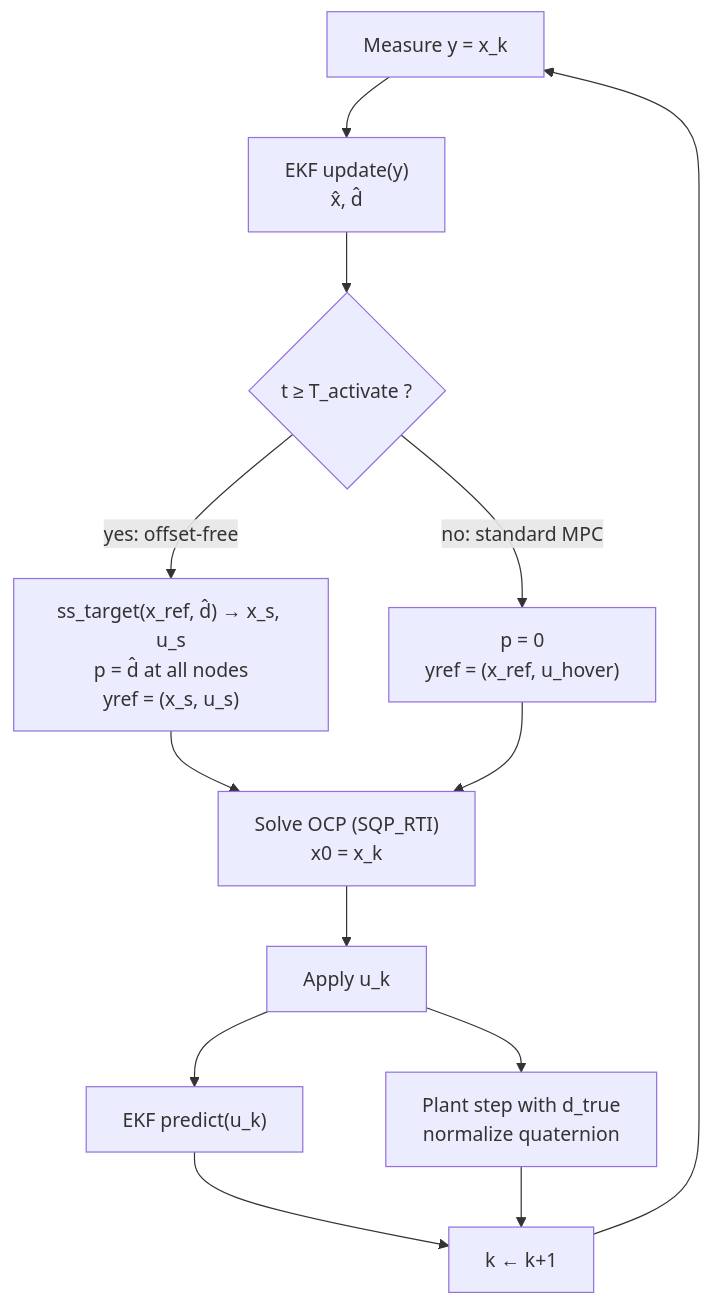
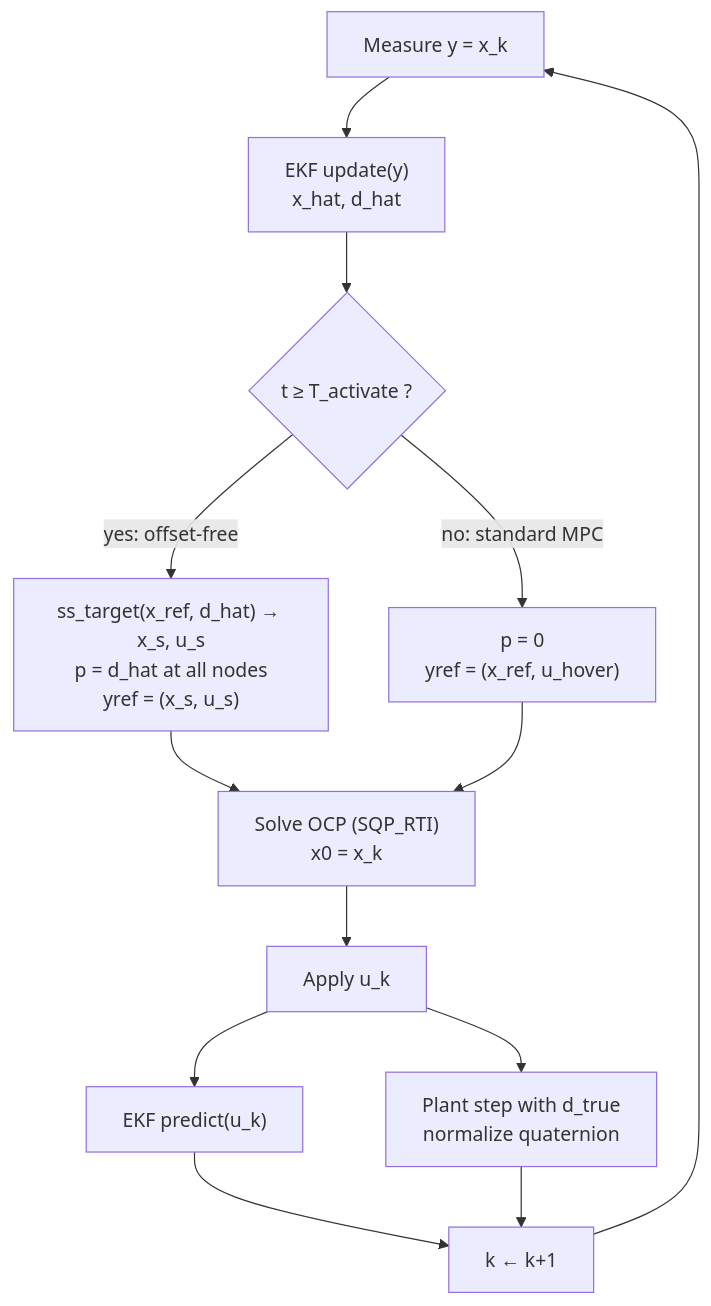
One commit to navis-stella/quadrotor_3d_nmpc changed the diagram in docs/stage3_offset_free.md. Above: the diagram before and after it, drawn with Mermaid.

Commit message:
fix flowchart issue.md

````diff
--- a/docs/stage3_offset_free.md
+++ b/docs/stage3_offset_free.md
@@ -199,15 +199,15 @@
 ```mermaid
 flowchart TD
-    A[Measure y = x_k] --> B["EKF update(y)<br/>x̂, d̂"]
+    A[Measure y = x_k] --> B["EKF update(y)<br/>x_hat, d_hat"]
     B --> C{t ≥ T_activate ?}
-    C -- "yes: offset-free" --> D["ss_target(x_ref, d̂) → x_s, u_s<br/>p = d̂ at all nodes<br/>yref = (x_s, u_s)"]
+    C -- "yes: offset-free" --> D["ss_target(x_ref, d_hat) → x_s, u_s<br/>p = d_hat at all nodes<br/>yref = (x_s, u_s)"]
     C -- "no: standard MPC" --> E["p = 0<br/>yref = (x_ref, u_hover)"]
     D --> F["Solve OCP (SQP_RTI)<br/>x0 = x_k"]
     E --> F
     F --> G[Apply u_k]
     G --> H["EKF predict(u_k)"]
     G --> I["Plant step with d_true<br/>normalize quaternion"]
     H --> K[k ← k+1]
     I --> K
     K --> A
 ```
````
